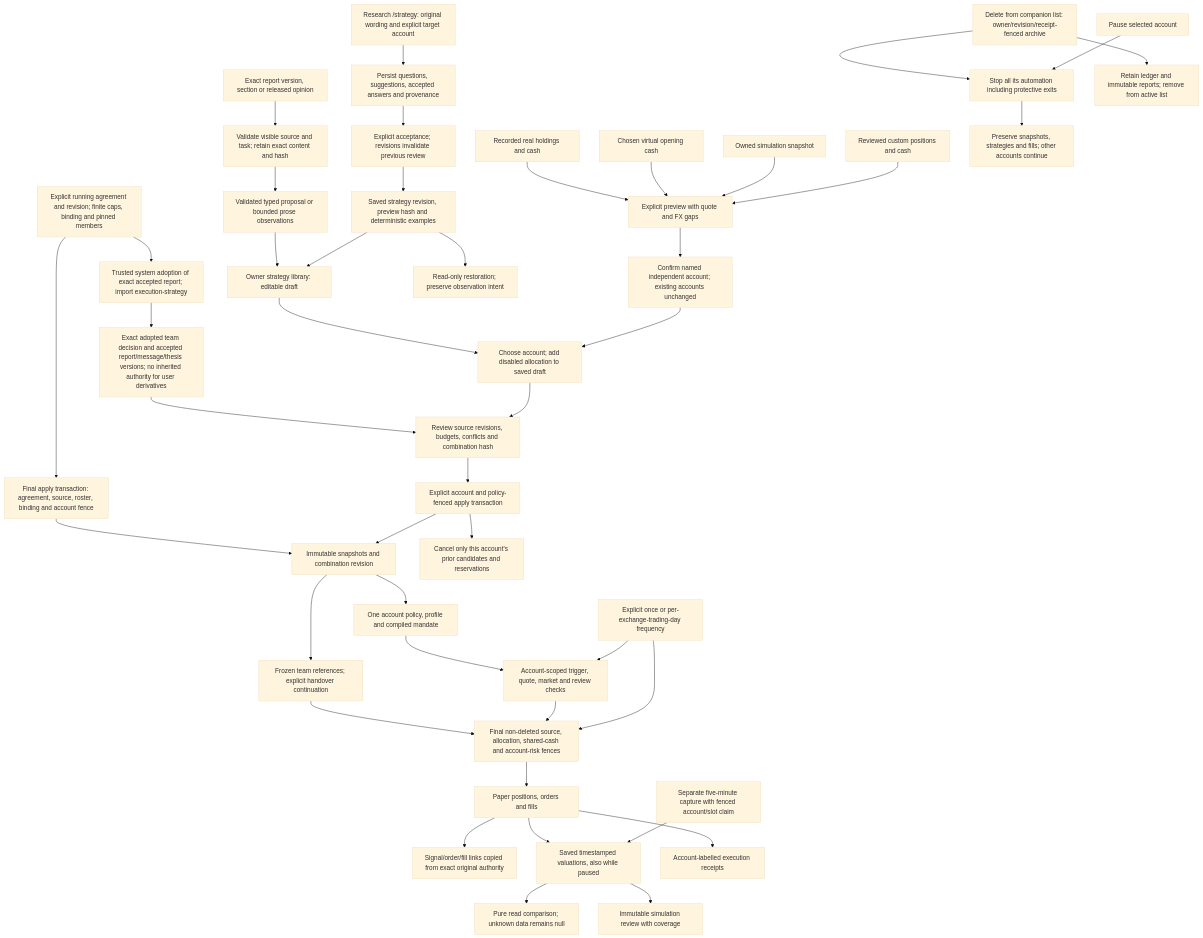
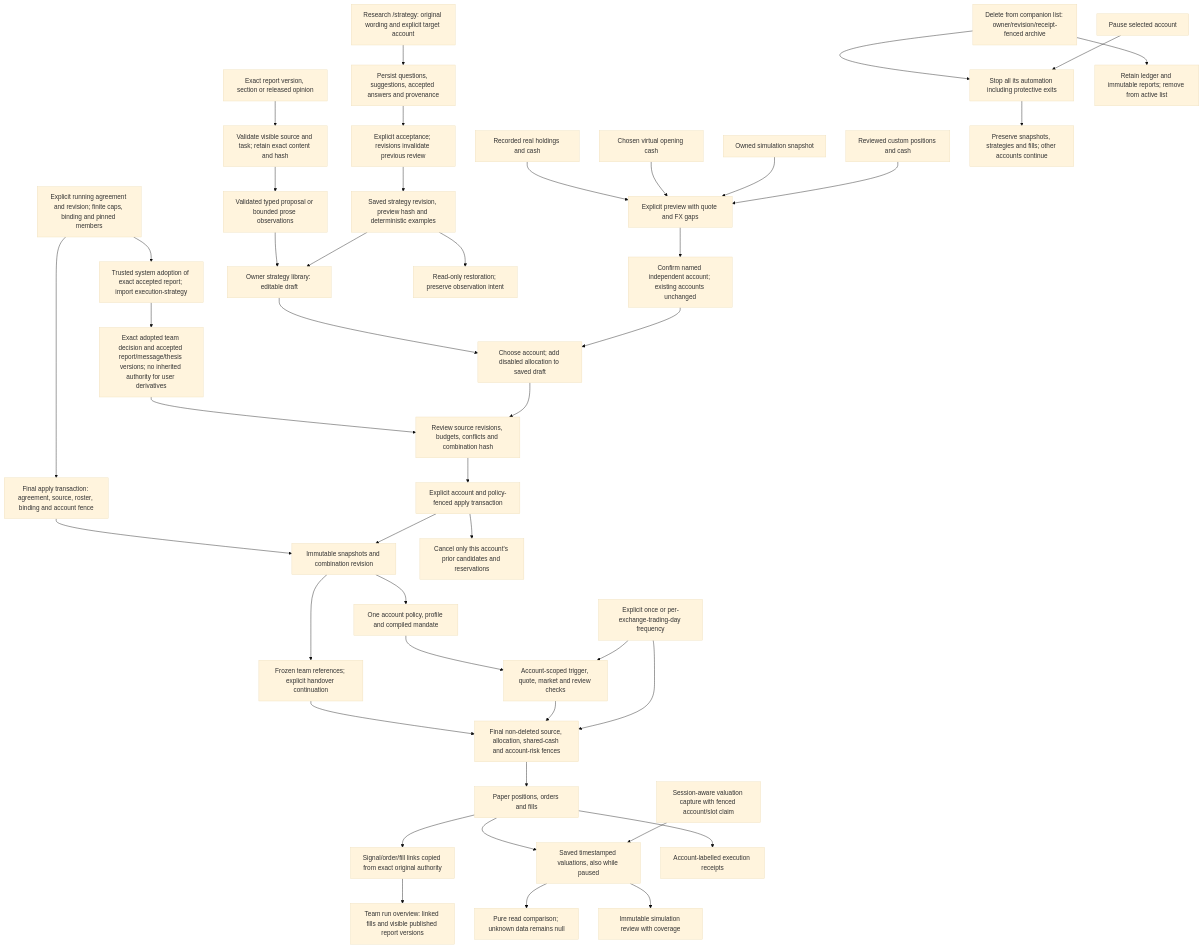
Before and after one commit to Lueyu/squabble: the third of 5 diagrams in docs/architecture.md, drawn with Mermaid (base theme). The commit also changed other lines of this file and 166 other files, not shown here.

````diff
--- a/docs/architecture.md
+++ b/docs/architecture.md
@@ -299,45 +303,46 @@
 ```mermaid
 flowchart TD
     agreement["Explicit running agreement and revision; finite caps, binding and pinned members"] --> systemActor["Trusted system adoption of exact accepted report; import execution-strategy"]
     systemActor --> teamDecision
     agreement --> finalAuthority["Final apply transaction: agreement, source, roster, binding and account fence"]
     finalAuthority --> authority
     teamDecision["Exact adopted team decision and accepted report/message/thesis versions; no inherited authority for user derivatives"] --> preview
     authority --> teamPolicy["Frozen team references; explicit handover continuation"]
     teamPolicy --> order
     ledger --> teamTrace["Signal/order/fill links copied from exact original authority"]
+    teamTrace --> runView["Team run overview: linked fills and visible published report versions"]
     real["Recorded real holdings and cash"] --> seed["Explicit preview with quote and FX gaps"]
     virtual["Chosen virtual opening cash"] --> seed
     ownedPaper["Owned simulation snapshot"] --> seed
     custom["Reviewed custom positions and cash"] --> seed
     seed --> create["Confirm named independent account; existing accounts unchanged"]
     source["Exact report version, section or released opinion"] --> readable["Validate visible source and task; retain exact content and hash"]
     readable --> typed["Validated typed proposal or bounded prose observations"]
     typed --> draft["Owner strategy library: editable draft"]
     idea["Research /strategy: original wording and explicit target account"] --> questions["Persist questions, suggestions, accepted answers and provenance"]
     questions --> acceptAnswer["Explicit acceptance; revisions invalidate previous review"]
     acceptAnswer --> savedReview["Saved strategy revision, preview hash and deterministic examples"]
     savedReview --> draft
     savedReview --> restoreReview["Read-only restoration; preserve observation intent"]
     draft --> target["Choose account; add disabled allocation to saved draft"]
     create --> target
     target --> preview["Review source revisions, budgets, conflicts and combination hash"]
     preview --> apply["Explicit account and policy-fenced apply transaction"]
     apply --> authority["Immutable snapshots and combination revision"]
     apply --> cancel["Cancel only this account's prior candidates and reservations"]
     authority --> runtime["One account policy, profile and compiled mandate"]
     runtime --> schedule["Account-scoped trigger, quote, market and review checks"]
     schedule --> order["Final non-deleted source, allocation, shared-cash and account-risk fences"]
     frequency["Explicit once or per-exchange-trading-day frequency"] --> schedule
     frequency --> order
     order --> ledger["Paper positions, orders and fills"]
     archive["Delete from companion list: owner/revision/receipt-fenced archive"] --> stop
     archive --> retained["Retain ledger and immutable reports; remove from active list"]
     pause["Pause selected account"] --> stop["Stop all its automation including protective exits"]
     stop --> history["Preserve snapshots, strategies and fills; other accounts continue"]
     ledger --> valuation["Saved timestamped valuations, also while paused"]
-    valuationSampler["Separate five-minute capture with fenced account/slot claim"] --> valuation
+    valuationSampler["Session-aware valuation capture with fenced account/slot claim"] --> valuation
     valuation --> comparison["Pure read comparison; unknown data remains null"]
     valuation --> review["Immutable simulation review with coverage"]
     ledger --> channel["Account-labelled execution receipts"]
 ```
````
